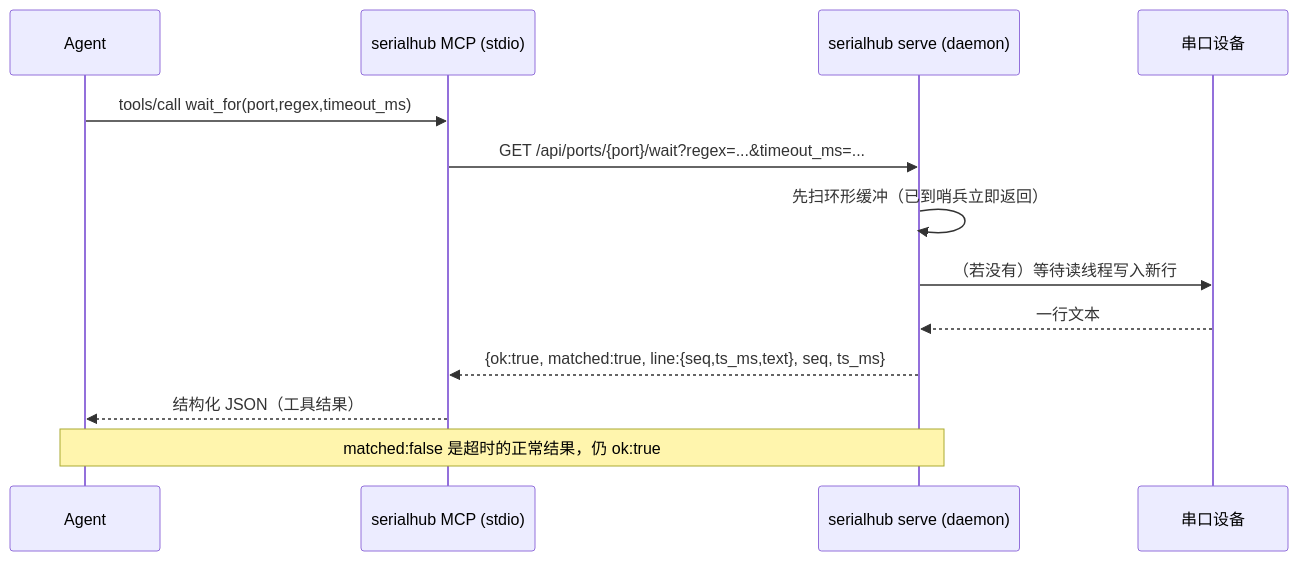
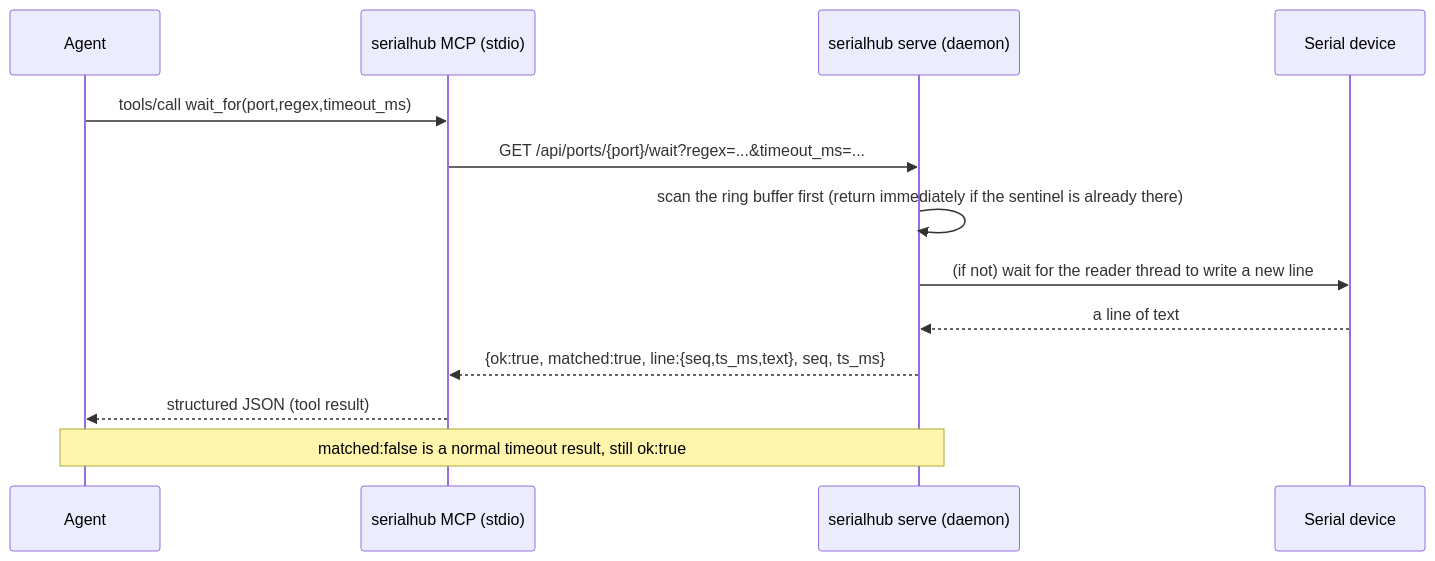
Before and after one commit to cjznb/serialhub: the diagram in docs/MCP.md, drawn with Mermaid. The commit also changed other lines of this file and 4 other files, not shown here.

````diff
--- a/docs/MCP.md
+++ b/docs/MCP.md
@@ -32,15 +35,15 @@
 ```mermaid
 sequenceDiagram
     participant A as Agent
     participant M as serialhub MCP (stdio)
     participant D as serialhub serve (daemon)
-    participant P as 串口设备
+    participant P as Serial device
     A->>M: tools/call wait_for(port,regex,timeout_ms)
     M->>D: GET /api/ports/{port}/wait?regex=...&timeout_ms=...
-    D->>D: 先扫环形缓冲（已到哨兵立即返回）
-    D->>P: （若没有）等待读线程写入新行
-    P-->>D: 一行文本
+    D->>D: scan the ring buffer first (return immediately if the sentinel is already there)
+    D->>P: (if not) wait for the reader thread to write a new line
+    P-->>D: a line of text
     D-->>M: {ok:true, matched:true, line:{seq,ts_ms,text}, seq, ts_ms}
-    M-->>A: 结构化 JSON（工具结果）
-    Note over A,D: matched:false 是超时的正常结果，仍 ok:true
+    M-->>A: structured JSON (tool result)
+    Note over A,D: matched:false is a normal timeout result, still ok:true
 ```
````
